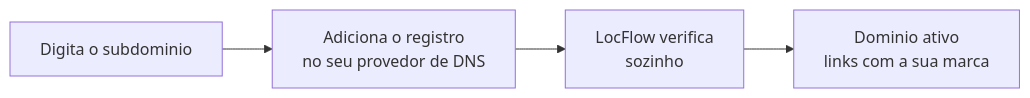
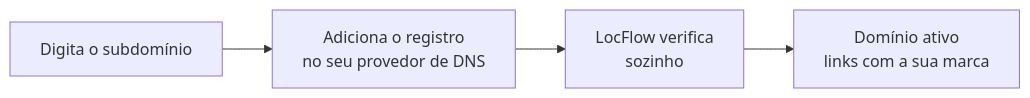
Before and after one commit to LocFlowTeam/locflow-docs: the diagram in configuracoes/dominio-personalizado.md, drawn with Mermaid. The commit also changed other lines of this file and 26 other files, not shown here.

````diff
--- a/configuracoes/dominio-personalizado.md
+++ b/configuracoes/dominio-personalizado.md
@@ -55,6 +55,6 @@
 ```mermaid
 flowchart LR
-    A[Digita o subdominio] --> B[Adiciona o registro<br/>no seu provedor de DNS]
+    A[Digita o subdomínio] --> B[Adiciona o registro<br/>no seu provedor de DNS]
     B --> C[LocFlow verifica<br/>sozinho]
-    C --> D[Dominio ativo<br/>links com a sua marca]
+    C --> D[Domínio ativo<br/>links com a sua marca]
 ```
````
